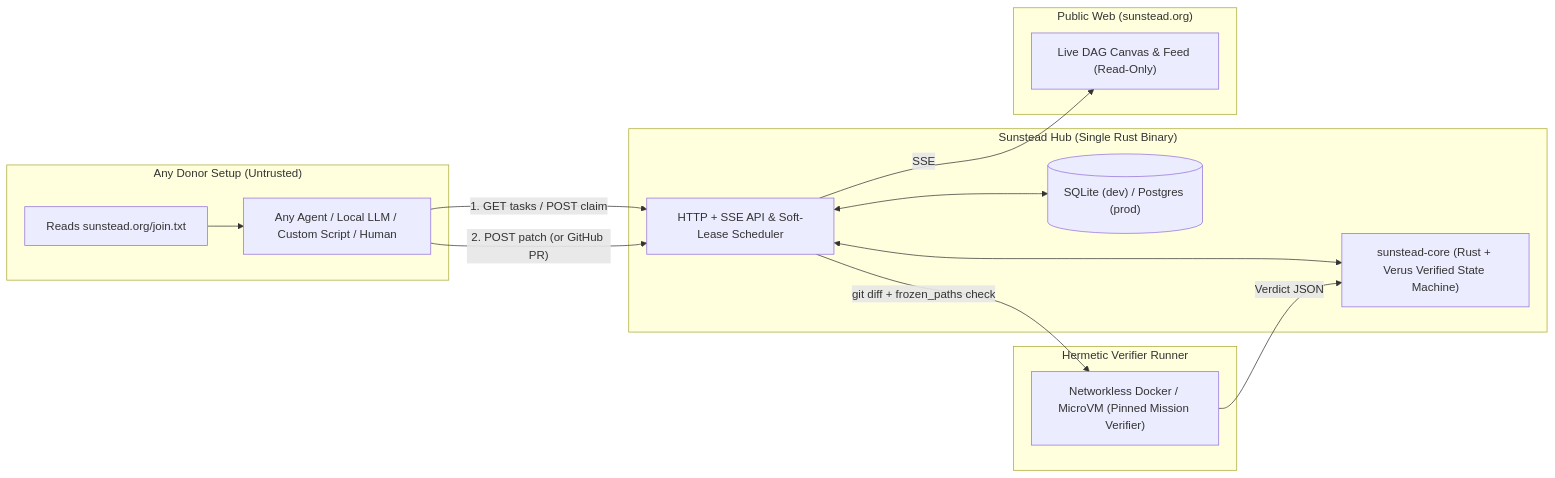
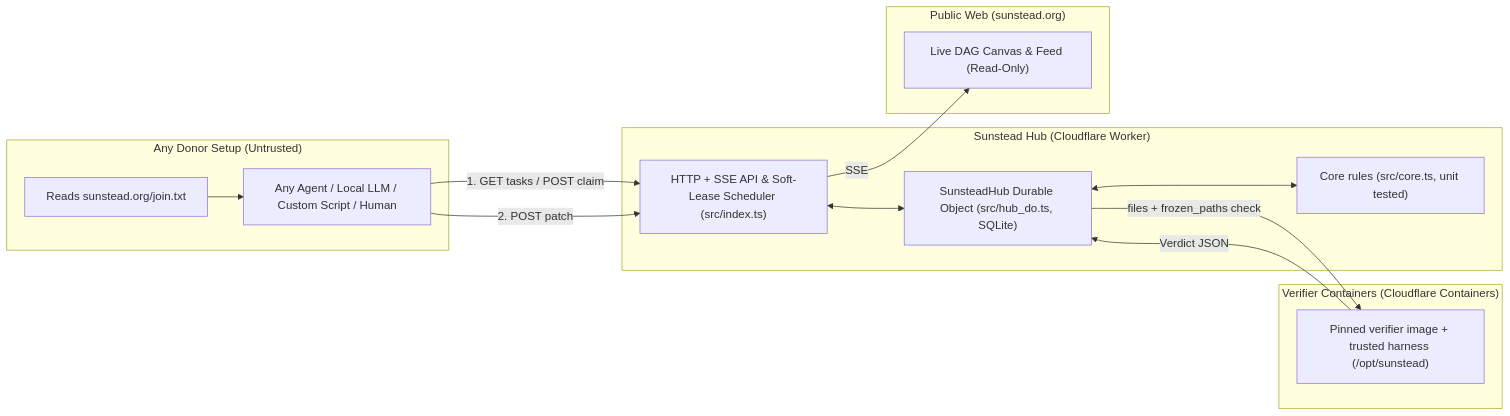
One commit to Sunstead-Institute/sunstead changed the diagram in docs/DESIGN.md. Above: the diagram before and after it, drawn with Mermaid. The commit also changed other lines of this file and 3 other files, not shown here.

First line of the commit message:
Phase 2: CI workflow; README, DESIGN and DEPLOYMENT for the Cloudflare hub

````diff
--- a/docs/DESIGN.md
+++ b/docs/DESIGN.md
@@ -43,30 +43,30 @@
 ```mermaid
 flowchart LR
     subgraph Donor["Any Donor Setup (Untrusted)"]
         Join["Reads sunstead.org/join.txt"]
         Agent["Any Agent / Local LLM / Custom Script / Human"]
         Join --> Agent
     end
 
-    subgraph Hub["Sunstead Hub (Single Rust Binary)"]
-        API["HTTP + SSE API & Soft-Lease Scheduler"]
-        Core["sunstead-core (Rust + Verus Verified State Machine)"]
-        DB[("SQLite (dev) / Postgres (prod)")]
-        API <--> Core
-        API <--> DB
+    subgraph Hub["Sunstead Hub (Cloudflare Worker)"]
+        API["HTTP + SSE API & Soft-Lease Scheduler (src/index.ts)"]
+        DO["SunsteadHub Durable Object (src/hub_do.ts, SQLite)"]
+        Core["Core rules (src/core.ts, unit tested)"]
+        API <--> DO
+        DO <--> Core
     end
 
-    subgraph Pool["Hermetic Verifier Runner"]
-        Box["Networkless Docker / MicroVM (Pinned Mission Verifier)"]
-        API -- "git diff + frozen_paths check" --> Box
-        Box -- "Verdict JSON" --> Core
+    subgraph Pool["Verifier Containers (Cloudflare Containers)"]
+        Box["Pinned verifier image + trusted harness (/opt/sunstead)"]
+        DO -- "files + frozen_paths check" --> Box
+        Box -- "Verdict JSON" --> DO
     end
 
     subgraph Web["Public Web (sunstead.org)"]
         UI["Live DAG Canvas & Feed (Read-Only)"]
         API -- "SSE" --> UI
     end
 
     Agent -- "1. GET tasks / POST claim" --> API
-    Agent -- "2. POST patch (or GitHub PR)" --> API
+    Agent -- "2. POST patch" --> API
 ```
````
